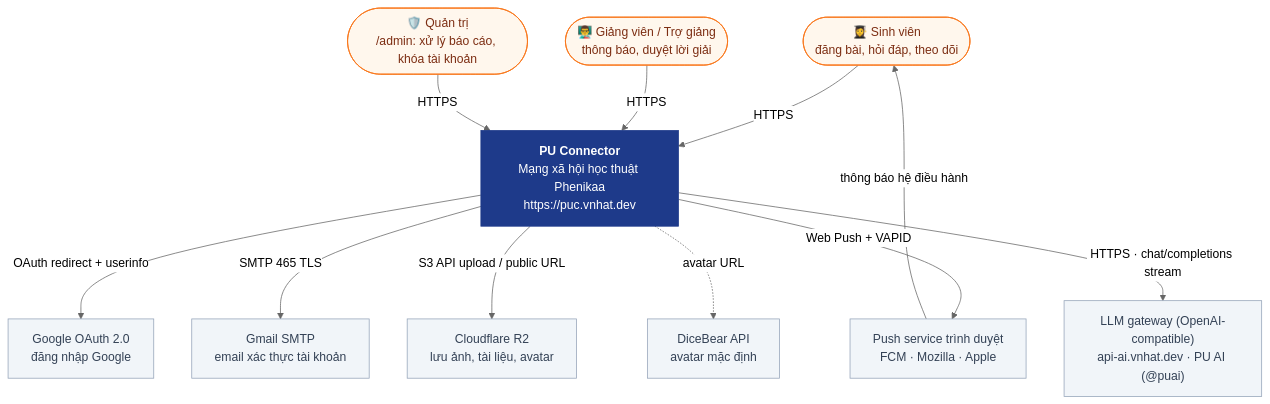
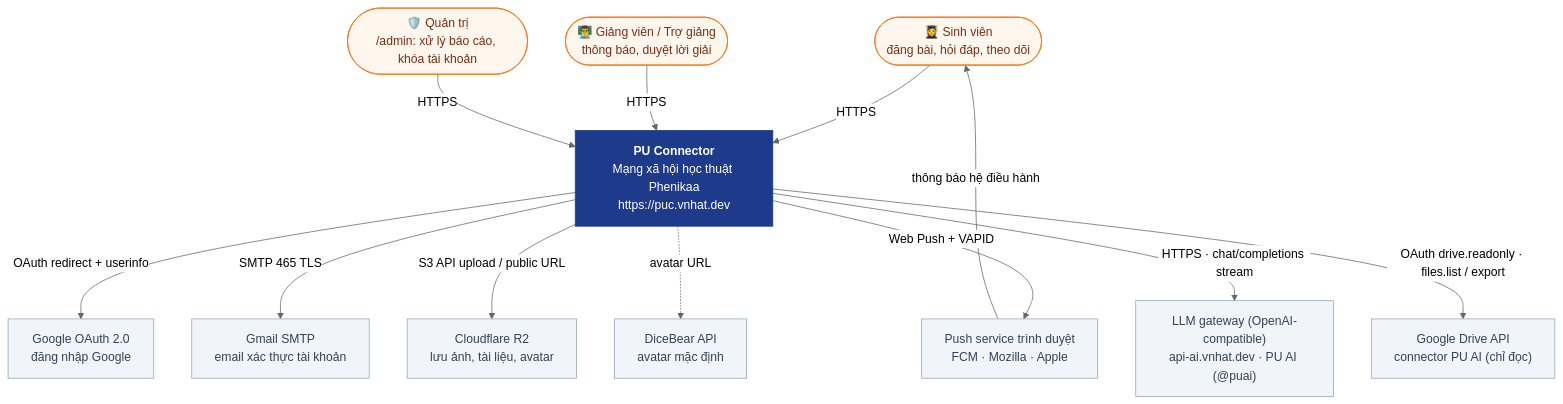
Before and after one commit to nhatcoi/pu-connect: the diagram in docs/diagrams/01-system-context.md, drawn with Mermaid (neutral theme). The commit also changed other lines of this file and 8 other files, not shown here.

Commit message:
docs(ai): document Google Drive connector, diagrams and ERD

````diff
--- a/docs/diagrams/01-system-context.md
+++ b/docs/diagrams/01-system-context.md
@@ -5,35 +5,37 @@
 ```mermaid
 flowchart TB
   student(["👩‍🎓 Sinh viên<br/>đăng bài, hỏi đáp, theo dõi"])
   lecturer(["👨‍🏫 Giảng viên / Trợ giảng<br/>thông báo, duyệt lời giải"])
   admin(["🛡️ Quản trị<br/>/admin: xử lý báo cáo, khóa tài khoản"])
 
   puc["<b>PU Connector</b><br/>Mạng xã hội học thuật Phenikaa<br/>https://puc.vnhat.dev"]
 
   google["Google OAuth 2.0<br/>đăng nhập Google"]
   gmail["Gmail SMTP<br/>email xác thực tài khoản"]
   r2["Cloudflare R2<br/>lưu ảnh, tài liệu, avatar"]
   dicebear["DiceBear API<br/>avatar mặc định"]
   pushsvc["Push service trình duyệt<br/>FCM · Mozilla · Apple"]
+  gdrive["Google Drive API<br/>connector PU AI (chỉ đọc)"]
   llm["LLM gateway (OpenAI-compatible)<br/>api-ai.vnhat.dev · PU AI (@puai)"]
 
   student -->|HTTPS| puc
   lecturer -->|HTTPS| puc
   admin -->|HTTPS| puc
 
   puc -->|OAuth redirect + userinfo| google
   puc -->|SMTP 465 TLS| gmail
   puc -->|S3 API upload / public URL| r2
   puc -->|Web Push + VAPID| pushsvc
   pushsvc -->|thông báo hệ điều hành| student
   puc -.->|avatar URL| dicebear
   puc -->|HTTPS · chat/completions stream| llm
+  puc -->|OAuth drive.readonly · files.list / export| gdrive
 
   classDef system fill:#1e3a8a,stroke:#1e3a8a,color:#fff
   classDef external fill:#f1f5f9,stroke:#94a3b8,color:#334155
   classDef person fill:#fff7ed,stroke:#f97316,color:#7c2d12
   classDef planned fill:#fff,stroke:#94a3b8,color:#64748b,stroke-dasharray:5 5
   class puc system
-  class google,gmail,r2,dicebear,pushsvc,llm external
+  class google,gmail,r2,dicebear,pushsvc,llm,gdrive external
   class student,lecturer,admin person
 ```
````
